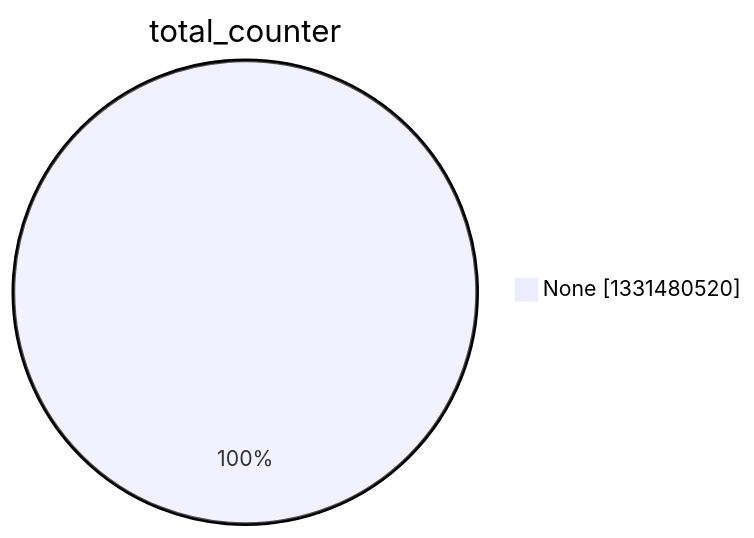
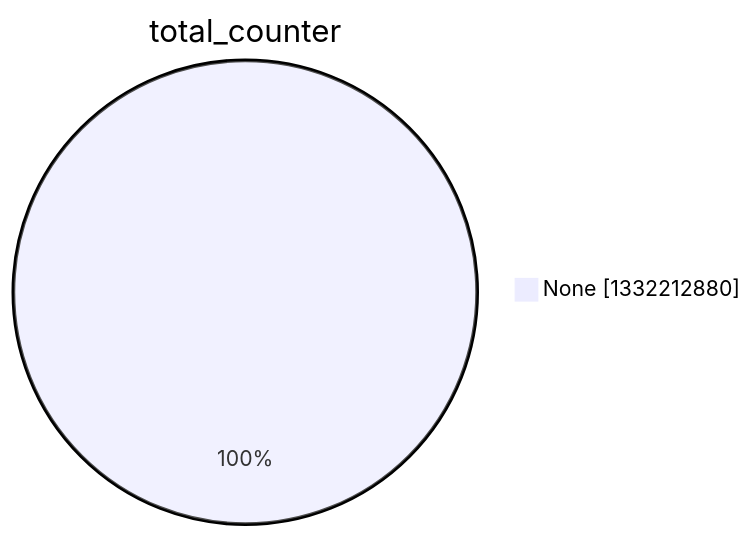
Before and after one commit to christiankrug/ctmonitor_visualization: the second of 15 diagrams in argon2022/README.md, drawn with Mermaid. The commit also changed other lines of this file, not shown here.

````diff
--- a/argon2022/README.md
+++ b/argon2022/README.md
@@ -9,5 +9,5 @@
 ```mermaid
 pie showData
 title total_counter
-"None" :1331480520
+"None" :1332212880
 ```
````
